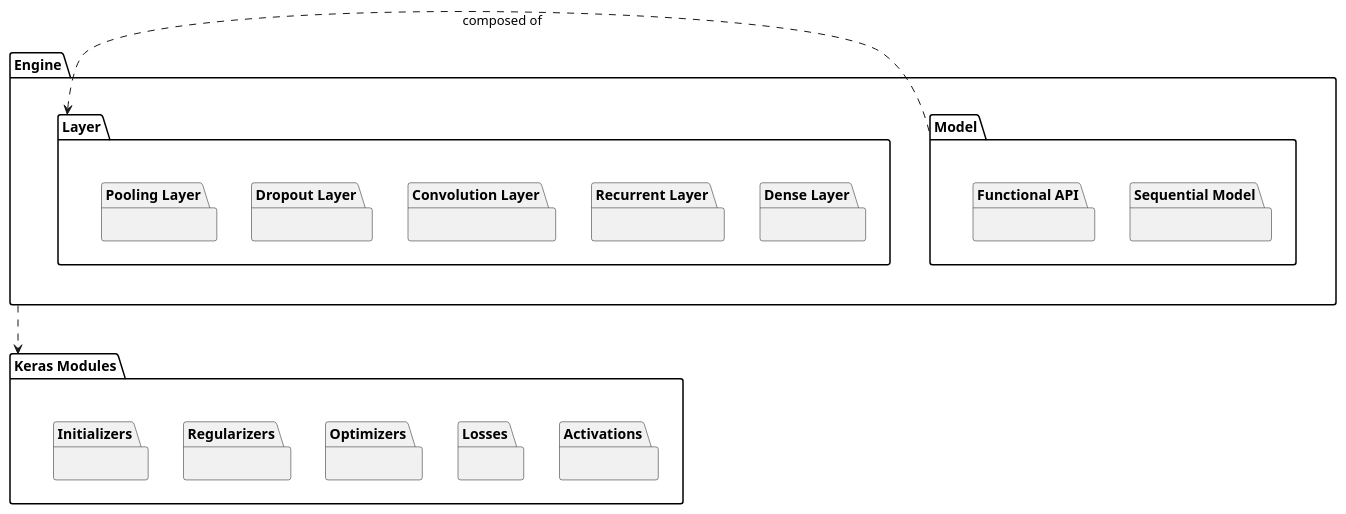
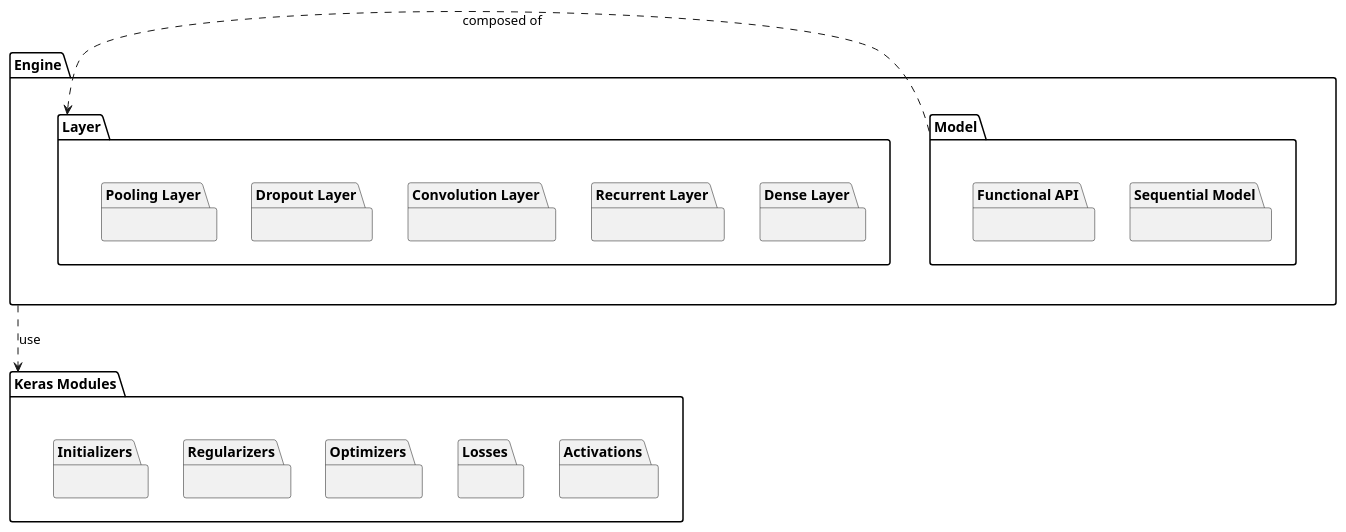
The diagram in keras_architectural_style.puml (pholpaphankorn/keras_softarch_assignment), drawn with PlantUML before and after one commit.

Commit message:
add dependency name

```diff
--- a/keras_architectural_style.puml
+++ b/keras_architectural_style.puml
@@ -1,49 +1,49 @@
 @startuml
 package Engine{
 package Model{
     package "Sequential Model" {
 
     }
     package "Functional API" {
         
     }
 }
 package Layer{
     package "Dense Layer" {
 
     }
     package "Recurrent Layer" {
 
     }
     package "Convolution Layer"{
 
     } 
     package "Dropout Layer"{
 
     } 
     package "Pooling Layer"{
 
     } 
 }
 }
 package "Keras Modules" {
     package Activations {
 
     }
     package Losses {
 
     }
     package Optimizers {
 
     }
     package Regularizers{
 
     }
     package Initializers{
 
     }
 }
 Layer <.right. Model: composed of
-Engine .down.> "Keras Modules"
+Engine .down.> "Keras Modules": use
 
 @enduml
```
